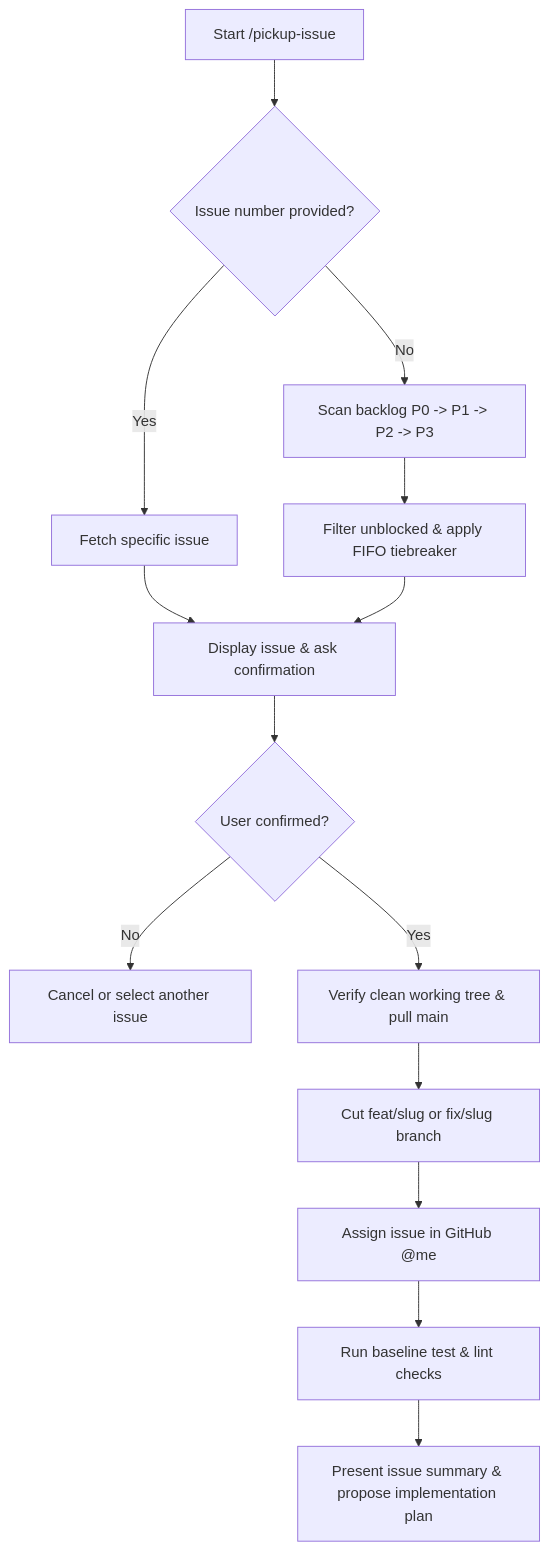
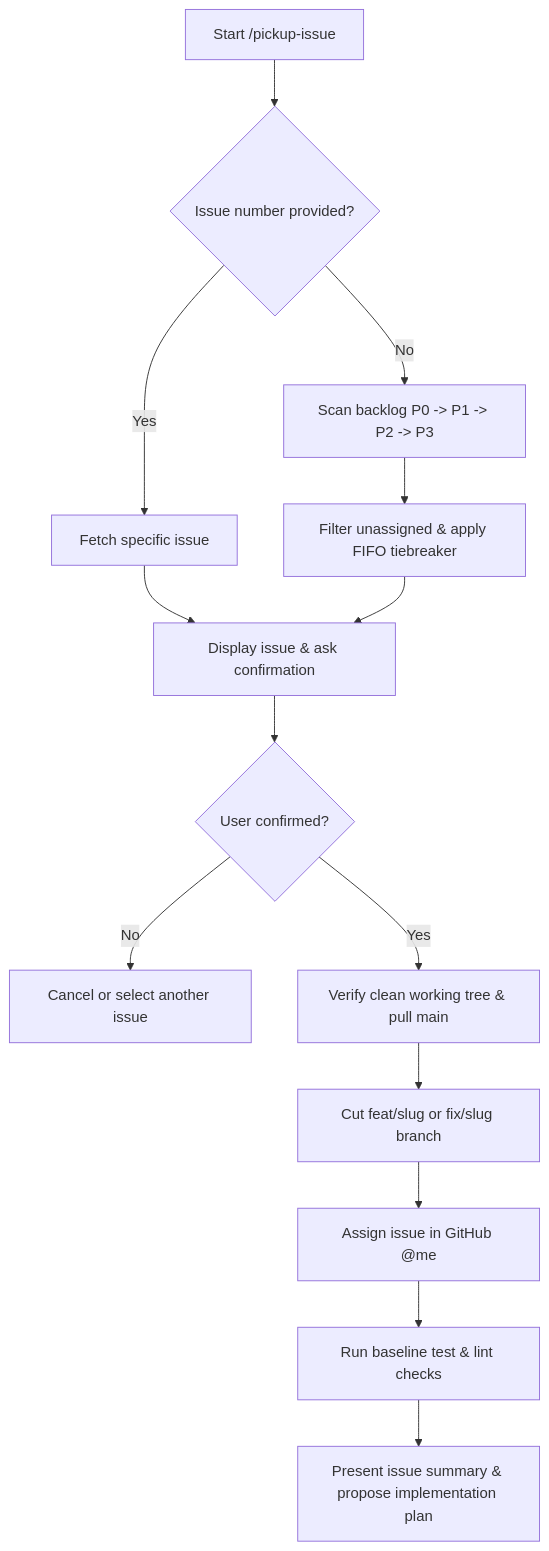
The diagram in .agents/skills/pickup-issue/SKILL.md (fluffysaur/budget-bubby), drawn with Mermaid before and after one commit. The commit also changed other lines of this file and 1 other file, not shown here.

````diff
--- a/.agents/skills/pickup-issue/SKILL.md
+++ b/.agents/skills/pickup-issue/SKILL.md
@@ -12,16 +12,16 @@
 ```mermaid
 flowchart TD
     A[Start /pickup-issue] --> B{Issue number provided?}
     B -- Yes --> C[Fetch specific issue]
     B -- No --> D[Scan backlog P0 -> P1 -> P2 -> P3]
-    D --> E[Filter unblocked & apply FIFO tiebreaker]
+    D --> E[Filter unassigned & apply FIFO tiebreaker]
     C --> F[Display issue & ask confirmation]
     E --> F
     F --> G{User confirmed?}
     G -- No --> H[Cancel or select another issue]
     G -- Yes --> I[Verify clean working tree & pull main]
     I --> J[Cut feat/slug or fix/slug branch]
     J --> K[Assign issue in GitHub @me]
     K --> L[Run baseline test & lint checks]
     L --> M[Present issue summary & propose implementation plan]
 ```
````
